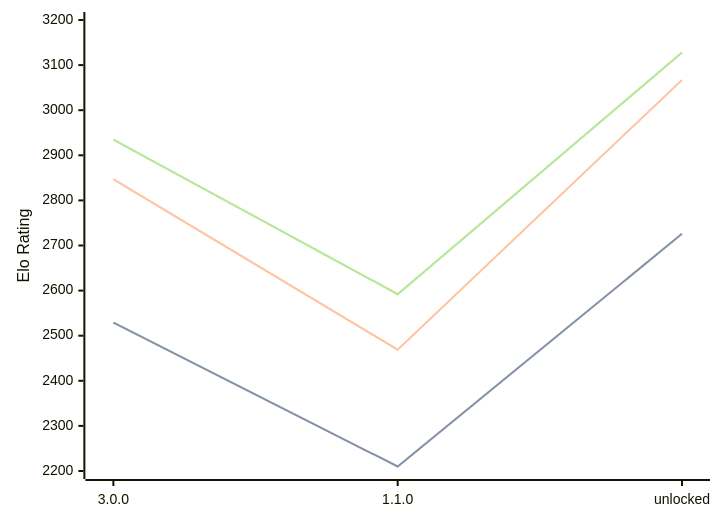
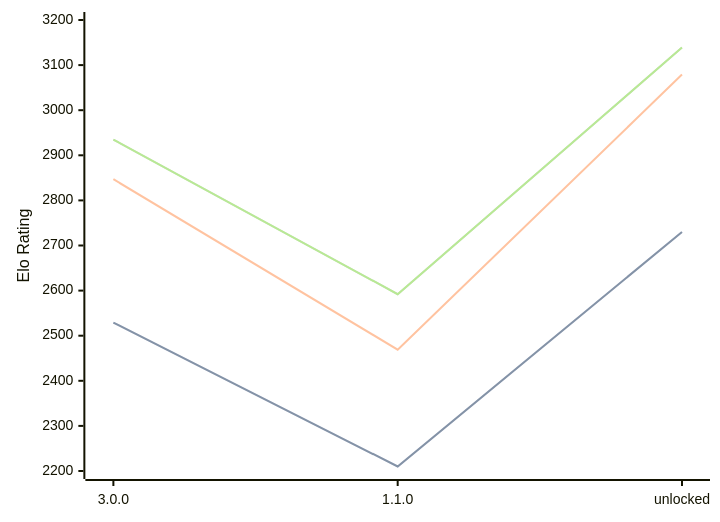
The diagram in engines/Potential.md (computer-chess-index/cci), drawn with Mermaid before and after one commit. The commit also changed other lines of this file, not shown here.

Commit message:
Update CCI Ratings (ELO VLTC) - 2026-08-02

````diff
--- a/engines/Potential.md
+++ b/engines/Potential.md
@@ -35,11 +35,11 @@
 ```mermaid
 %%{init: {"theme":"base","themeVariables":{"seriesColors:['#a3a3a3','#222221','#faa371']}}}%%
 xychart-beta
   x-axis ["3.0.0", "1.1.0", "unlocked"]
   y-axis "Elo Rating" 2200 --> 3200
-  line "STC (8.0+0.08s)" [2529, 2210, 2726]
-  line "STC (8.0+0.08s)" [2529, 2210, 2726]
-  line "LTC (60.0+0.60s)" [2847, 2469, 3067]
-  line "VLTC (2m24s+1.12s)" [2935, 2592, 3128]
-  line "VLTC (2m24s+1.12s)" [2935, 2592, 3128]
+  line "STC (8.0+0.08s)" [2529, 2210, 2730]
+  line "STC (8.0+0.08s)" [2529, 2210, 2730]
+  line "LTC (60.0+0.60s)" [2847, 2469, 3079]
+  line "VLTC (2m24s+1.12s)" [2935, 2592, 3139]
+  line "VLTC (2m24s+1.12s)" [2935, 2592, 3139]
 ```
````
